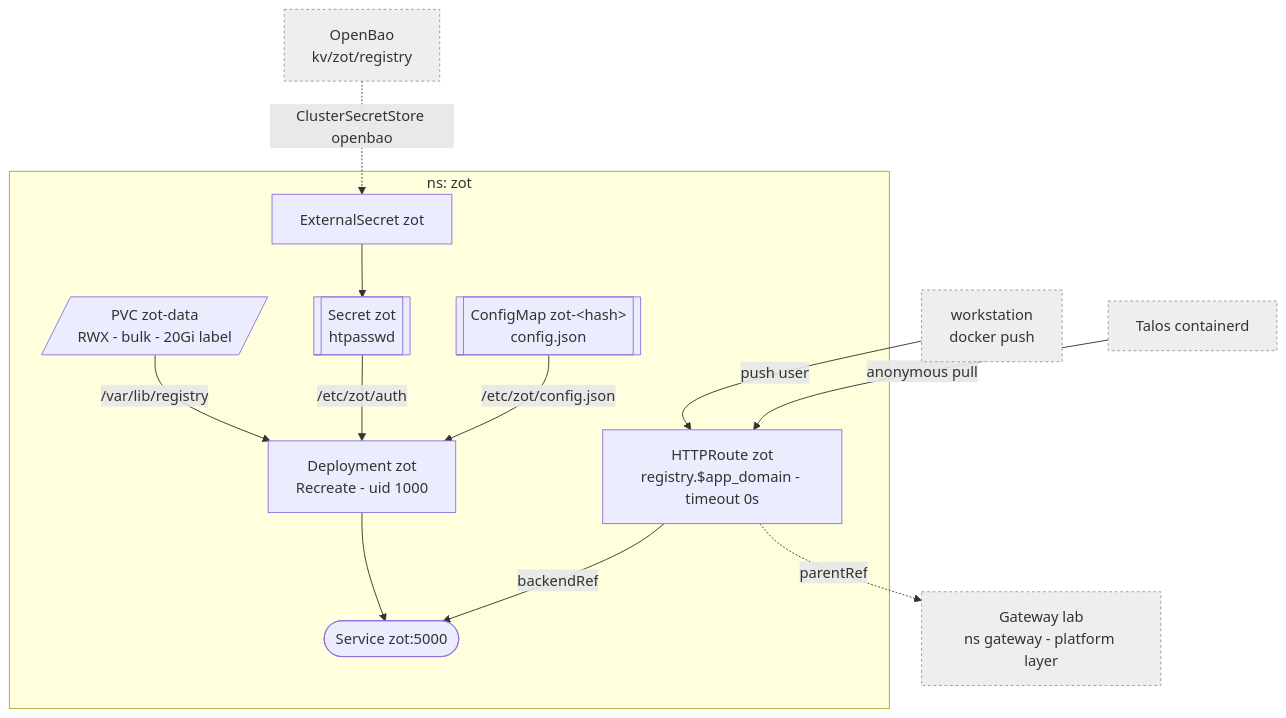
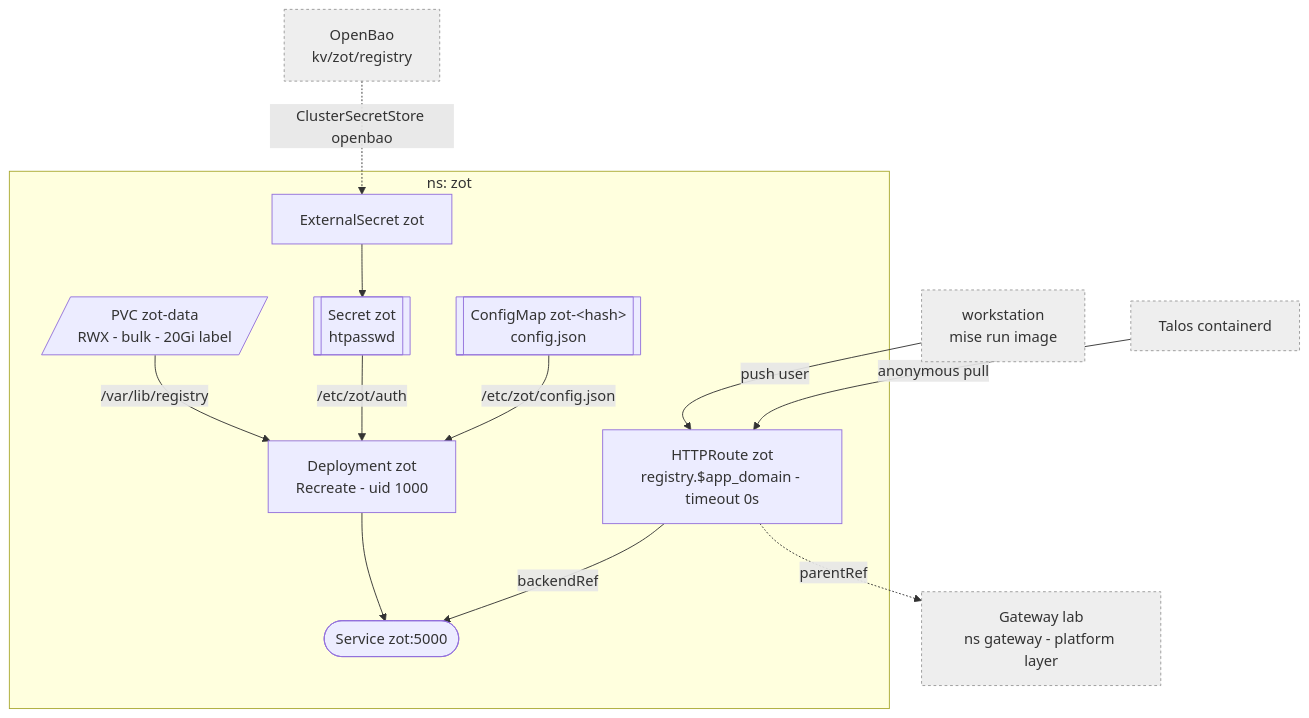
Before and after one commit to Sojamann/homelab-apps: the diagram in docs/zot.md, drawn with Mermaid. The commit also changed other lines of this file, not shown here.

Commit message:
platform: mise run image pushes local builds to zot

````diff
--- a/docs/zot.md
+++ b/docs/zot.md
@@ -8,21 +8,21 @@
 ```mermaid
 graph TD
   subgraph z["ns: zot"]
     ES["ExternalSecret zot"] --> SEC[["Secret zot<br/>htpasswd"]]
     CM[["ConfigMap zot-&lt;hash&gt;<br/>config.json"]]
     SRV["Deployment zot<br/>Recreate - uid 1000"]
     SRV --> SVC(["Service zot:5000"])
     PVC[/"PVC zot-data<br/>RWX - bulk - 20Gi label"/] -->|/var/lib/registry| SRV
     SEC -->|/etc/zot/auth| SRV
     CM -->|/etc/zot/config.json| SRV
     RT["HTTPRoute zot<br/>registry.$app_domain - timeout 0s"] -->|backendRef| SVC
   end
 
   BAO["OpenBao<br/>kv/zot/registry"] -.->|ClusterSecretStore openbao| ES
   RT -.->|parentRef| GW["Gateway lab<br/>ns gateway - platform layer"]
-  WS["workstation<br/>docker push"] -->|push user| RT
+  WS["workstation<br/>mise run image"] -->|push user| RT
   NODE["Talos containerd"] -->|anonymous pull| RT
 
   classDef ext fill:#eee,stroke:#999,stroke-dasharray:3 3;
   class GW,BAO,WS,NODE ext;
 ```
````
